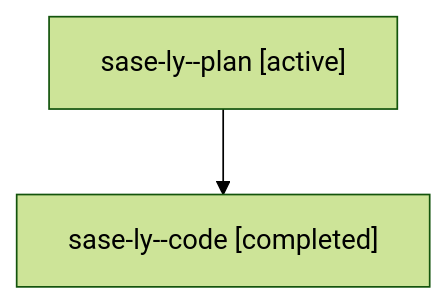
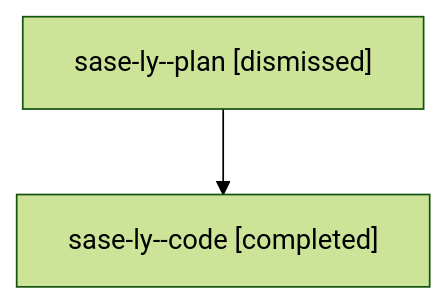
One commit to sase-org/sase--agents changed the diagram in sessions/bbugyi200.athena.sase-ly.md. Above: the diagram before and after it, drawn with Mermaid (forest theme). The commit also changed other lines of this file and 187 other files, not shown here.

````diff
--- a/sessions/bbugyi200.athena.sase-ly.md
+++ b/sessions/bbugyi200.athena.sase-ly.md
@@ -9,6 +9,6 @@
 ```mermaid
 flowchart TD
-  n0["sase-ly--plan [active]"]
+  n0["sase-ly--plan [dismissed]"]
   n1["sase-ly--code [completed]"]
   n0 --> n1
 ```
````
